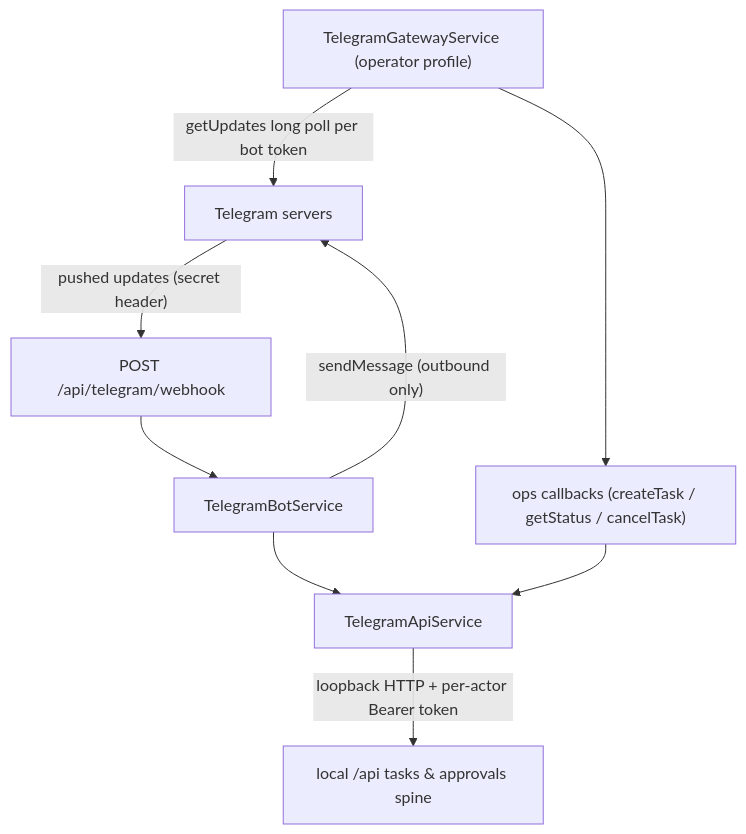
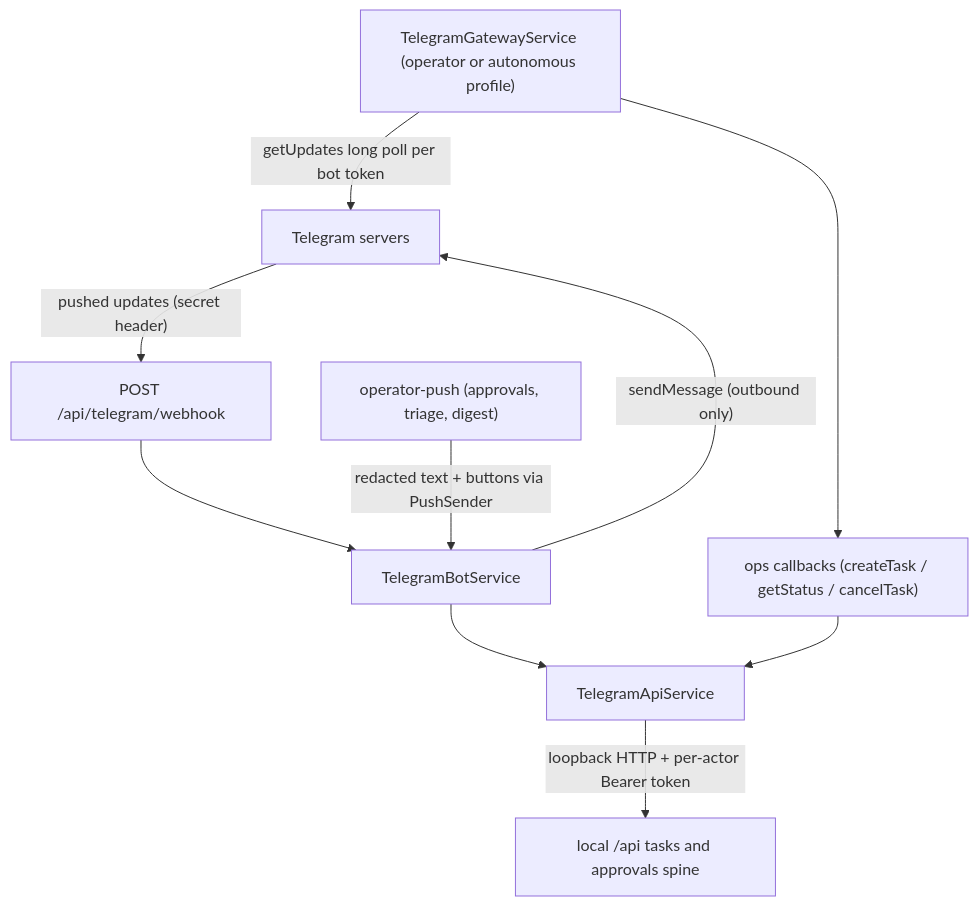
One commit to djimit/djimitflo changed the diagram in openwiki/integrations/telegram-bot.md. Above: the diagram before and after it, drawn with Mermaid. The commit also changed other lines of this file and 45 other files, not shown here.

````diff
--- a/openwiki/integrations/telegram-bot.md
+++ b/openwiki/integrations/telegram-bot.md
@@ -63,11 +74,12 @@
 ```mermaid
 flowchart TD
   TG["Telegram servers"] -->|"pushed updates (secret header)"| WH["POST /api/telegram/webhook"]
-  GW["TelegramGatewayService (operator profile)"] -->|"getUpdates long poll per bot token"| TG
+  GW["TelegramGatewayService (operator or autonomous profile)"] -->|"getUpdates long poll per bot token"| TG
   WH --> SVC["TelegramBotService"]
   GW --> SVC2["ops callbacks (createTask / getStatus / cancelTask)"]
   SVC --> TAPI["TelegramApiService"]
   SVC2 --> TAPI
-  TAPI -->|"loopback HTTP + per-actor Bearer token"| API["local /api tasks & approvals spine"]
+  TAPI -->|"loopback HTTP + per-actor Bearer token"| API["local /api tasks and approvals spine"]
+  PUSH["operator-push (approvals, triage, digest)"] -->|"redacted text + buttons via PushSender"| SVC
   SVC -->|"sendMessage (outbound only)"| TG
 ```
````
